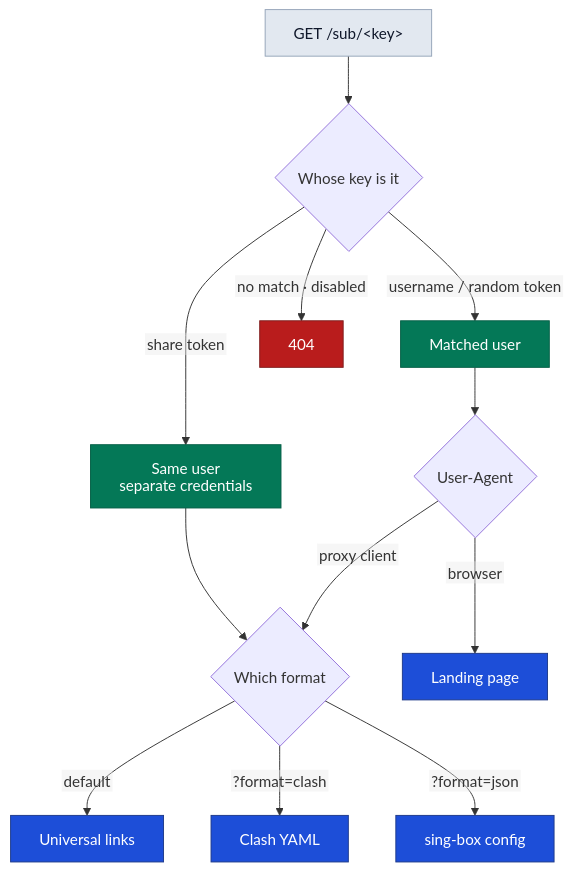
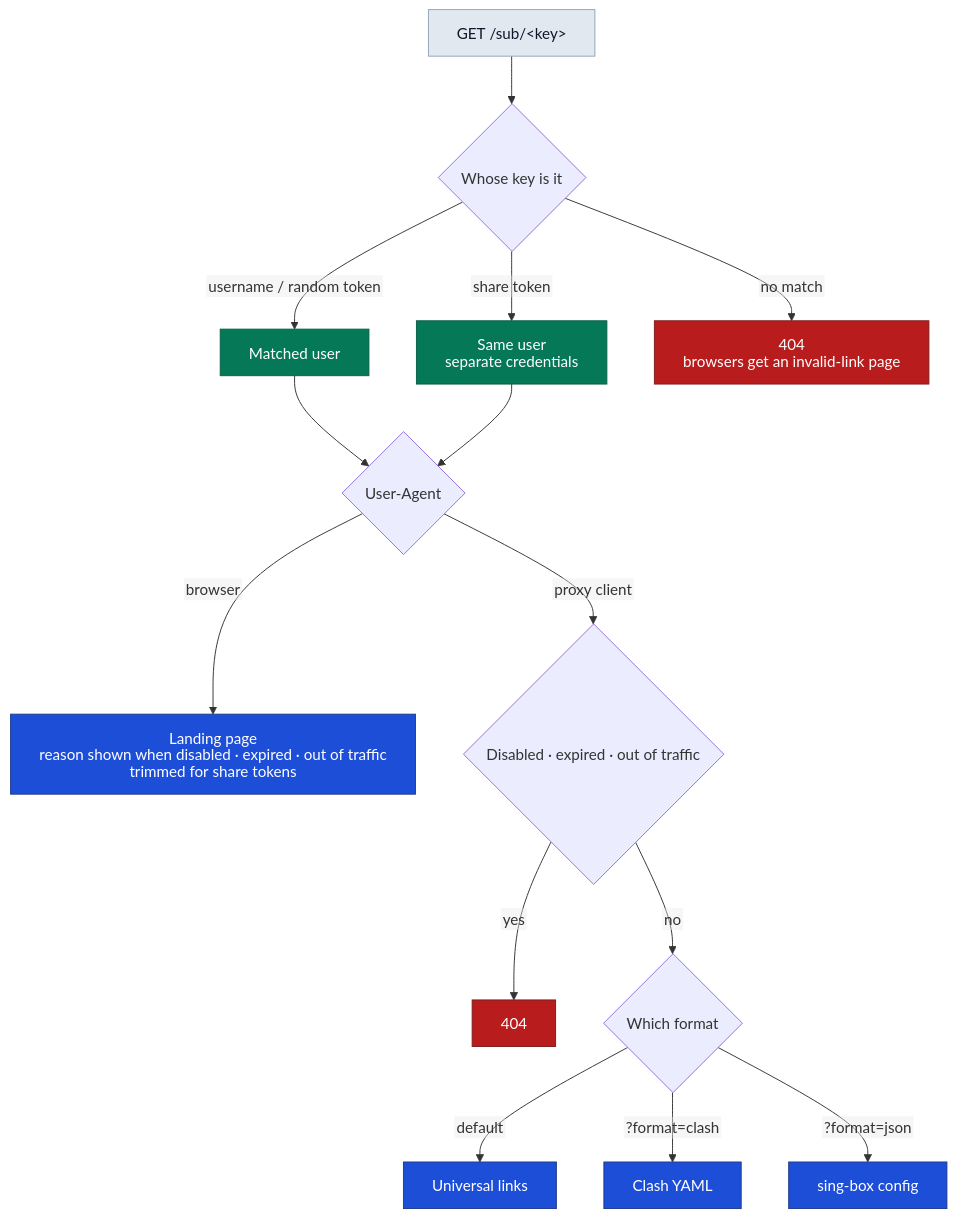
One commit to Maoyangui/m-ui changed the diagram in docs/diagrams/subscription.en.mmd. Above: the diagram before and after it, drawn with Mermaid. The commit also changed 10 other files, not shown here.

First line of the commit message:
文档:README 补落地页 logo 与链接写法,英文版改正临时共享也有落地页;订阅流程图按实际流程改源文件;架构文档与官网跟上

```diff
--- a/docs/diagrams/subscription.en.mmd
+++ b/docs/diagrams/subscription.en.mmd
@@ -1,30 +1,32 @@
 ---
 config:
   htmlLabels: false
   markdownAutoWrap: false
   flowchart:
     htmlLabels: false
     wrappingWidth: 600
 ---
 flowchart TD
   Q["GET /sub/&lt;key&gt;"] --> WHO{"Whose key is it"}
   WHO -->|"username / random token"| U["Matched user"]
   WHO -->|"share token"| S["Same user<br/>separate credentials"]
-  WHO -->|"no match · disabled"| E["404"]
+  WHO -->|"no match"| E["404<br/>browsers get an invalid-link page"]
   U --> UA{"User-Agent"}
-  S --> F
-  UA -->|"browser"| P["Landing page"]
-  UA -->|"proxy client"| F{"Which format"}
+  S --> UA
+  UA -->|"browser"| P["Landing page<br/>reason shown when disabled · expired · out of traffic<br/>trimmed for share tokens"]
+  UA -->|"proxy client"| B{"Disabled · expired · out of traffic"}
+  B -->|"yes"| X["404"]
+  B -->|"no"| F{"Which format"}
   F -->|"default"| F1["Universal links"]
   F -->|"?format=clash"| F2["Clash YAML"]
   F -->|"?format=json"| F3["sing-box config"]
 
   classDef svc fill:#1d4ed8,stroke:#1e3a8a,color:#ffffff,stroke-width:1px
   classDef who fill:#e2e8f0,stroke:#94a3b8,color:#0f172a,stroke-width:1px
   classDef data fill:#334155,stroke:#0f172a,color:#ffffff,stroke-width:1px
   classDef exit fill:#047857,stroke:#065f46,color:#ffffff,stroke-width:1px
   classDef warn fill:#b91c1c,stroke:#7f1d1d,color:#ffffff,stroke-width:1px
   class U,S exit
-  class E warn
+  class E,X warn
   class P,F1,F2,F3 svc
   class Q who
```
